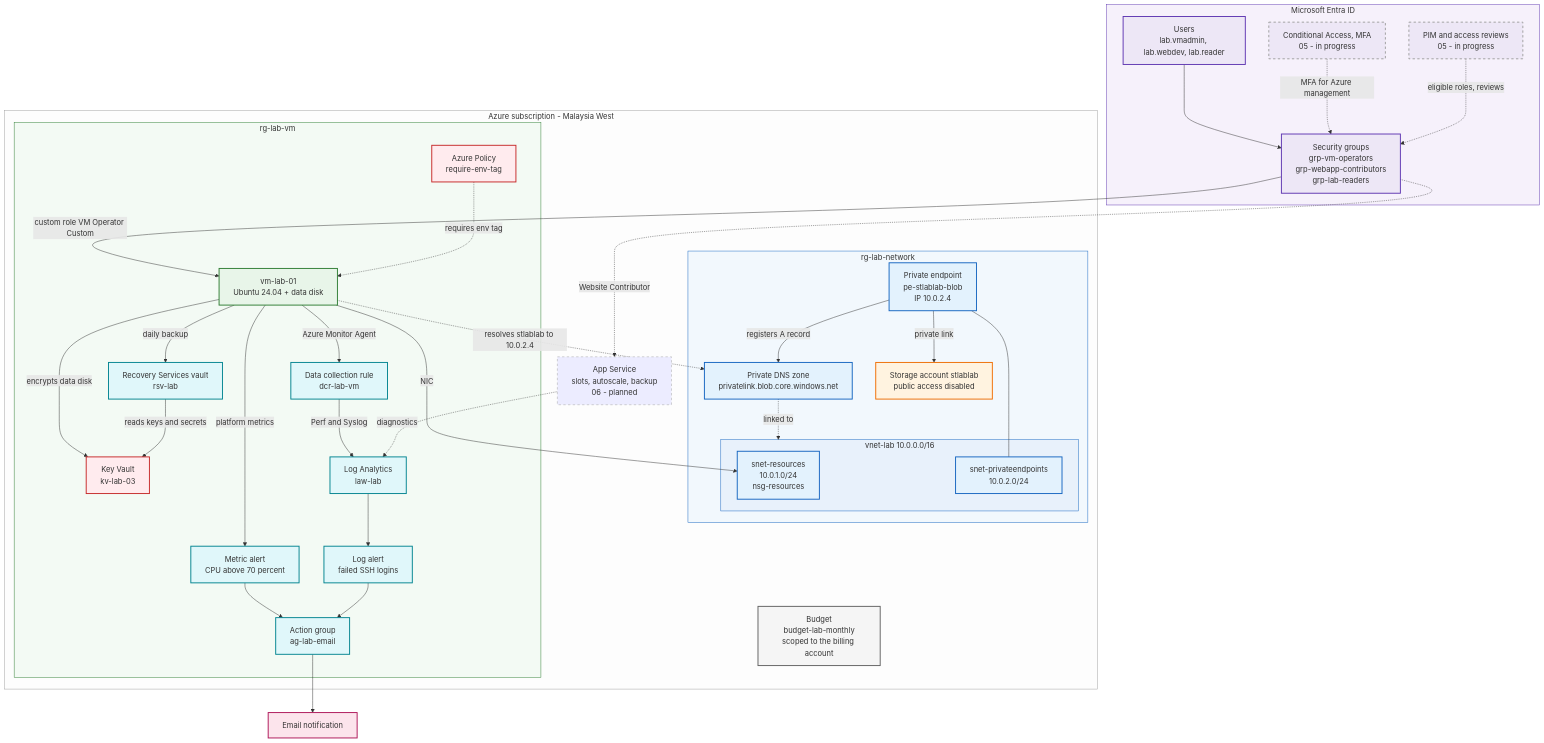
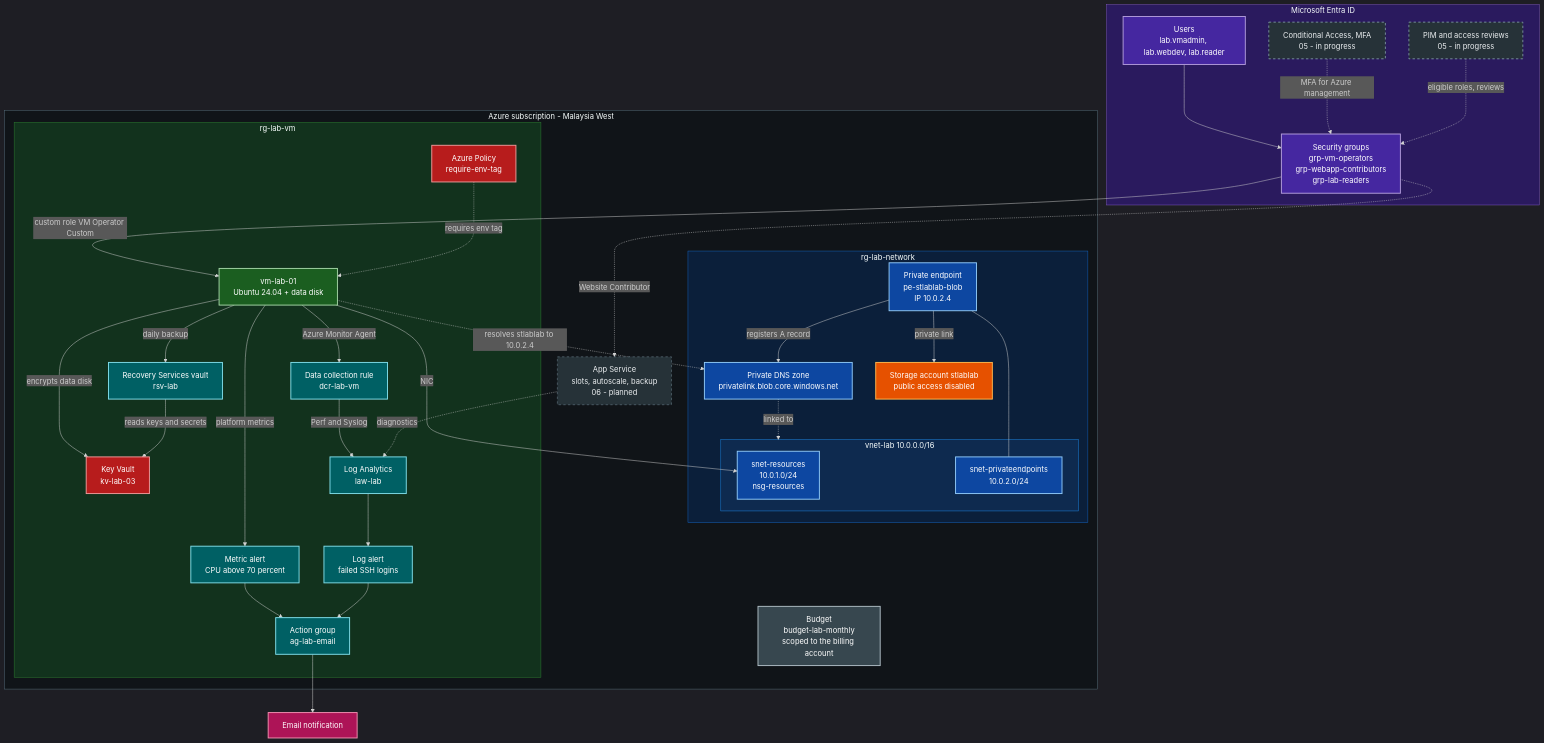
The diagram in README.md (tttaufiqqq/azure-az104-lab), drawn with Mermaid before and after one commit.

Commit message:
Switch architecture diagram to a dark color palette
Replace the pastel fills with dark saturated colors and white text
for contrast, and enable the mermaid dark theme so the whole diagram
reads well: deep purple (identity), deep blue (network), burnt orange
(storage), dark green (compute), dark red (security), dark teal
(monitoring and backup), charcoal (budget), and dark magenta (email).
Planned items keep a dashed gray stroke.

````diff
--- a/README.md
+++ b/README.md
@@ -15,4 +15,5 @@
 ```mermaid
+%%{init: {"theme": "dark"}}%%
 flowchart TB
     subgraph ENTRA["Microsoft Entra ID"]
         USERS["Users<br/>lab.vmadmin, lab.webdev, lab.reader"]
@@ -78,15 +79,15 @@
     POLICY -.->|"requires env tag"| VM
     APP -.->|"diagnostics"| LAW
 
-    classDef ident fill:#ede7f6,stroke:#5e35b1,stroke-width:2px
-    classDef net fill:#e3f2fd,stroke:#1565c0,stroke-width:2px
-    classDef storage fill:#fff3e0,stroke:#ef6c00,stroke-width:2px
-    classDef compute fill:#e8f5e9,stroke:#2e7d32,stroke-width:2px
-    classDef sec fill:#ffebee,stroke:#c62828,stroke-width:2px
-    classDef mon fill:#e0f7fa,stroke:#00838f,stroke-width:2px
-    classDef gov fill:#f5f5f5,stroke:#616161,stroke-width:2px
-    classDef notify fill:#fce4ec,stroke:#ad1457,stroke-width:2px
-    classDef planned stroke-dasharray: 5 5,stroke:#9e9e9e
+    classDef ident fill:#4527a0,stroke:#b39ddb,color:#ffffff,stroke-width:2px
+    classDef net fill:#0d47a1,stroke:#90caf9,color:#ffffff,stroke-width:2px
+    classDef storage fill:#e65100,stroke:#ffb74d,color:#ffffff,stroke-width:2px
+    classDef compute fill:#1b5e20,stroke:#a5d6a7,color:#ffffff,stroke-width:2px
+    classDef sec fill:#b71c1c,stroke:#ef9a9a,color:#ffffff,stroke-width:2px
+    classDef mon fill:#006064,stroke:#80deea,color:#ffffff,stroke-width:2px
+    classDef gov fill:#37474f,stroke:#b0bec5,color:#ffffff,stroke-width:2px
+    classDef notify fill:#ad1457,stroke:#f48fb1,color:#ffffff,stroke-width:2px
+    classDef planned fill:#263238,stroke:#78909c,color:#eceff1,stroke-dasharray: 5 5
 
     class USERS,GROUPS,CA,PIM ident
     class SNET1,SNET2,PE,DNS net
@@ -98,9 +99,9 @@
     class EMAIL notify
     class CA,PIM,APP planned
 
-    style ENTRA fill:#f6f1fb,stroke:#5e35b1
-    style RGN fill:#f2f8fd,stroke:#1565c0
-    style VNET fill:#e8f1fb,stroke:#1565c0
-    style RGV fill:#f3faf4,stroke:#2e7d32
-    style SUB fill:#fdfdfd,stroke:#9e9e9e
+    style ENTRA fill:#2a1a5e,stroke:#7e57c2
+    style RGN fill:#0b1f3a,stroke:#1565c0
+    style VNET fill:#0e2a4f,stroke:#1e88e5
+    style RGV fill:#12321d,stroke:#2e7d32
+    style SUB fill:#101418,stroke:#546e7a
 ```
````
